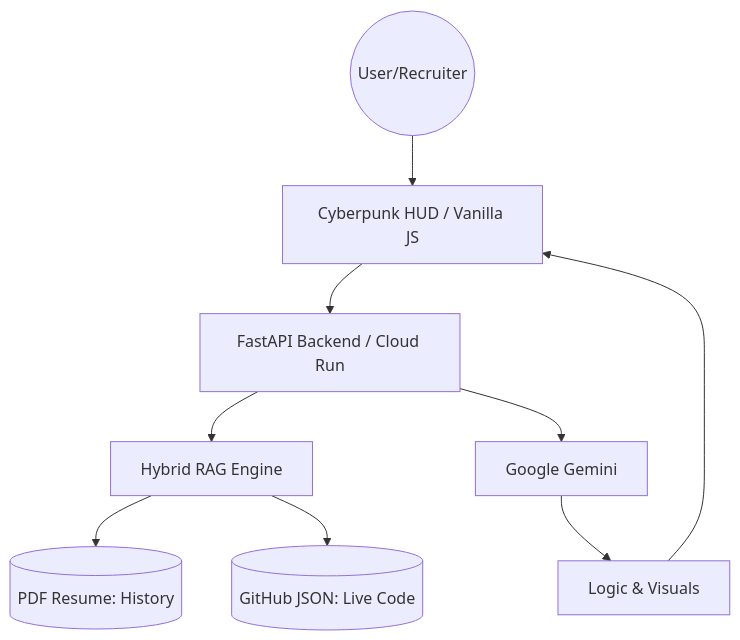
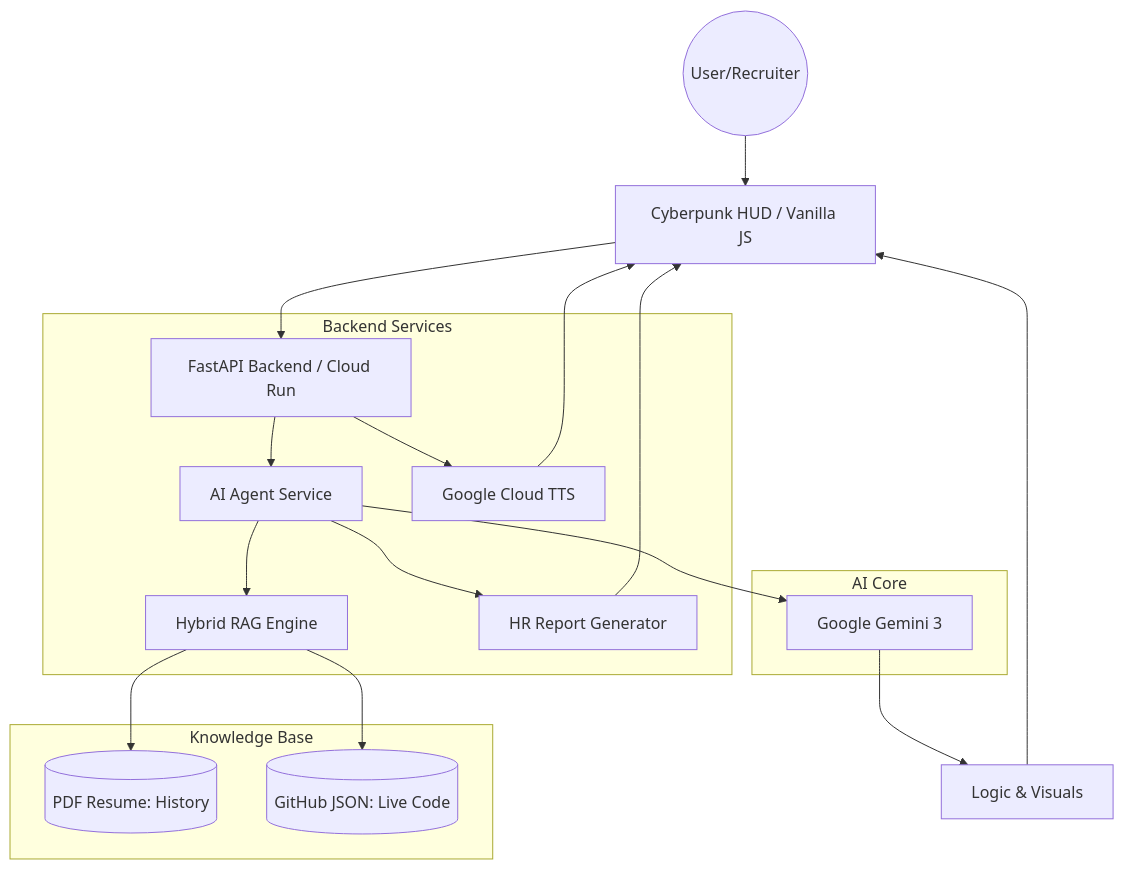
Before and after one commit to vero-code/source-persona: the diagram in ARCHITECTURE.md, drawn with Mermaid. The commit also changed other lines of this file and 1 other file, not shown here.

````diff
--- a/ARCHITECTURE.md
+++ b/ARCHITECTURE.md
@@ -9,11 +9,26 @@
 ```mermaid
 graph TD
     User((User/Recruiter)) --> WebUI[Cyberpunk HUD / Vanilla JS]
     WebUI --> FastAPI[FastAPI Backend / Cloud Run]
-    FastAPI --> RAG[Hybrid RAG Engine]
-    RAG --> PDF[(PDF Resume: History)]
-    RAG --> JSON[(GitHub JSON: Live Code)]
-    FastAPI --> Gemini[Google Gemini]
+    
+    subgraph "Backend Services"
+        FastAPI --> AIAgent[AI Agent Service]
+        FastAPI --> TTS[Google Cloud TTS]
+        AIAgent --> RAG[Hybrid RAG Engine]
+        AIAgent --> ReportGen[HR Report Generator]
+    end
+
+    subgraph "Knowledge Base"
+        RAG --> PDF[(PDF Resume: History)]
+        RAG --> JSON[(GitHub JSON: Live Code)]
+    end
+
+    subgraph "AI Core"
+        AIAgent --> Gemini[Google Gemini 3]
+    end
+
     Gemini --> Logic[Logic & Visuals]
     Logic --> WebUI
+    TTS --> WebUI
+    ReportGen --> WebUI
 ```
````
